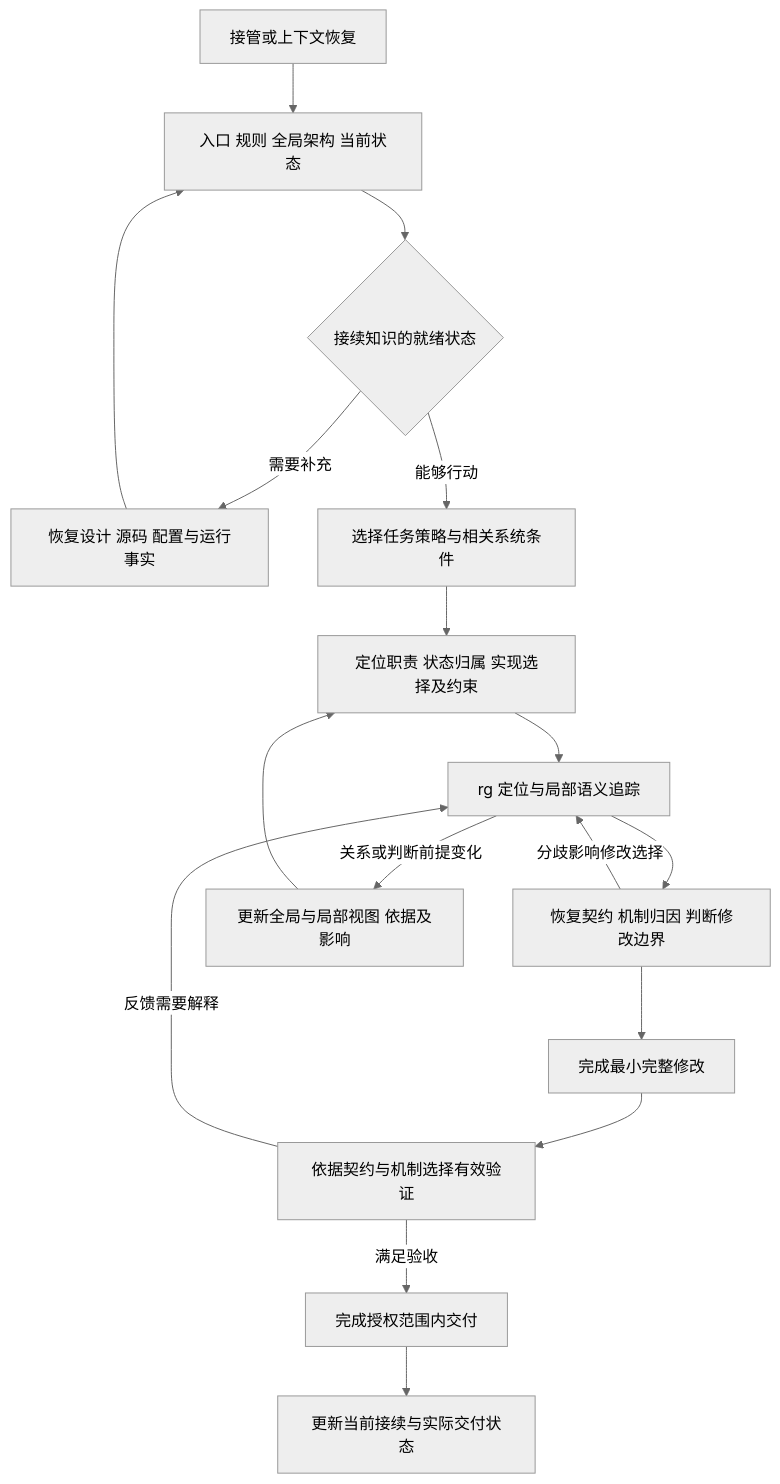
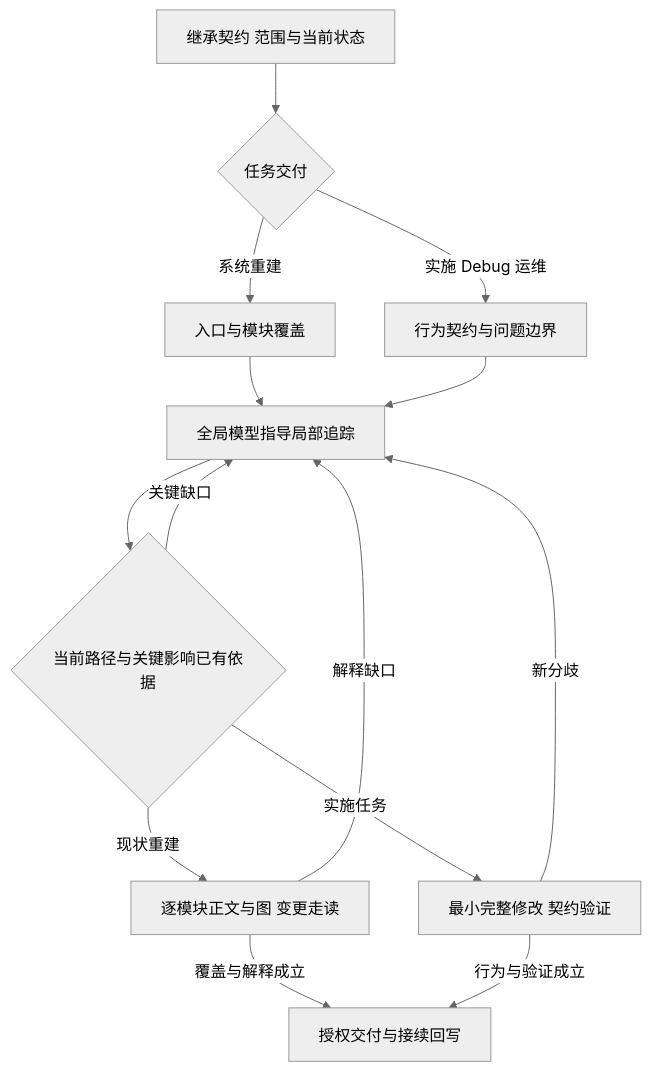
The third of 3 diagrams in README.md (jiale-li-orion/arch-thinking-skill), drawn with Mermaid (neutral theme) before and after one commit. The commit also changed other lines of this file and 7 other files, not shown here.

````diff
--- a/README.md
+++ b/README.md
@@ -64,19 +74,16 @@
 ```mermaid
-flowchart TD
-    START[接管或上下文恢复] --> READ[入口 规则 全局架构 当前状态]
-    READ --> READY{接续知识的就绪状态}
-    READY -->|需要补充| INIT[恢复设计 源码 配置与运行事实]
-    INIT --> READ
-    READY -->|能够行动| TASK[选择任务策略与相关系统条件]
-    TASK --> GLOBAL[定位职责 状态归属 实现选择及约束]
-    GLOBAL --> LOCAL[rg 定位与局部语义追踪]
-    LOCAL --> IMPACT[恢复契约 机制归因 判断修改边界]
-    IMPACT -->|分歧影响修改选择| LOCAL
-    IMPACT --> CHANGE[完成最小完整修改]
-    CHANGE --> VERIFY[依据契约与机制选择有效验证]
-    VERIFY -->|反馈需要解释| LOCAL
-    VERIFY -->|满足验收| DELIVER[完成授权范围内交付]
-    LOCAL -->|关系或判断前提变化| UPDATE[更新全局与局部视图 依据及影响]
-    UPDATE --> GLOBAL
-    DELIVER --> STATE[更新当前接续与实际交付状态]
+flowchart TB
+    READ[继承契约 范围与当前状态] --> TASK{任务交付}
+    TASK -->|系统重建| COVER[入口与模块覆盖]
+    TASK -->|实施 Debug 运维| BOUND[行为契约与问题边界]
+    COVER --> MODEL[全局模型指导局部追踪]
+    BOUND --> MODEL
+    MODEL --> FACT{当前路径与关键影响已有依据}
+    FACT -->|关键缺口| MODEL
+    FACT -->|现状重建| DOC[逐模块正文与图 变更走读]
+    FACT -->|实施任务| CHANGE[最小完整修改 契约验证]
+    DOC -->|解释缺口| MODEL
+    CHANGE -->|新分歧| MODEL
+    DOC -->|覆盖与解释成立| DONE[授权交付与接续回写]
+    CHANGE -->|行为与验证成立| DONE
 ```
````
